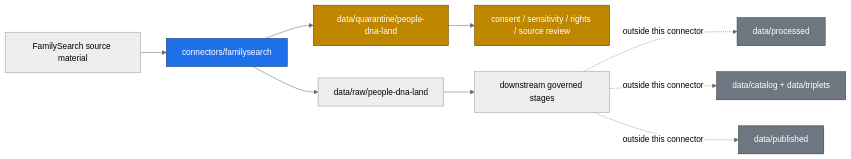
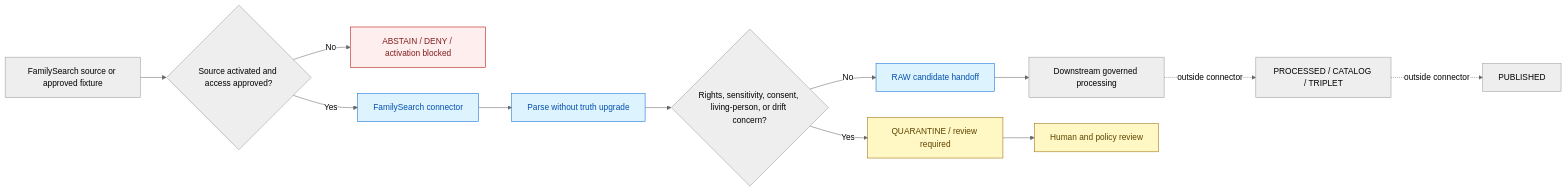
One commit to bartytime4life/Kansas-Frontier-Matrix changed the diagram in connectors/familysearch/README.md. Above: the diagram before and after it, drawn with Mermaid (neutral theme). The commit also changed other lines of this file, not shown here.

Commit message:
docs: ground FamilySearch connector lane in verified scaffold

````diff
--- a/connectors/familysearch/README.md
+++ b/connectors/familysearch/README.md
@@ -102,19 +248,21 @@
 ```mermaid
 flowchart LR
-  SRC[FamilySearch source material] --> CONN[connectors/familysearch]
-  CONN --> RAW[data/raw/people-dna-land]
-  CONN --> QUAR[data/quarantine/people-dna-land]
-  QUAR --> REVIEW[consent / sensitivity / rights / source review]
-  RAW --> NEXT[downstream governed stages]
+    S[FamilySearch source or approved fixture] --> A{Source activated and access approved?}
+    A -- No --> STOP[ABSTAIN / DENY / activation blocked]
+    A -- Yes --> C[FamilySearch connector]
+    C --> P[Parse without truth upgrade]
+    P --> G{Rights, sensitivity, consent, living-person, or drift concern?}
+    G -- Yes --> Q[QUARANTINE / review required]
+    G -- No --> R[RAW candidate handoff]
+    R --> D[Downstream governed processing]
+    Q --> V[Human and policy review]
+    D -. outside connector .-> PC[PROCESSED / CATALOG / TRIPLET]
+    PC -. outside connector .-> PUB[PUBLISHED]
 
-  NEXT -. outside this connector .-> PROC[data/processed]
-  NEXT -. outside this connector .-> CAT[data/catalog + data/triplets]
-  NEXT -. outside this connector .-> PUB[data/published]
-
-  classDef connector fill:#1f6feb,stroke:#0a3069,color:#fff;
-  classDef hold fill:#bf8700,stroke:#5c4400,color:#fff;
-  classDef outside fill:#6e7681,stroke:#30363d,color:#fff;
-  class CONN connector;
-  class QUAR,REVIEW hold;
-  class PROC,CAT,PUB outside;
+    classDef stop fill:#fee,stroke:#b30000,color:#7f1d1d;
+    classDef hold fill:#fff8c5,stroke:#9a6700,color:#5c4400;
+    classDef lane fill:#ddf4ff,stroke:#0969da,color:#0550ae;
+    class STOP stop;
+    class Q,V hold;
+    class C,P,R lane;
 ```
````
